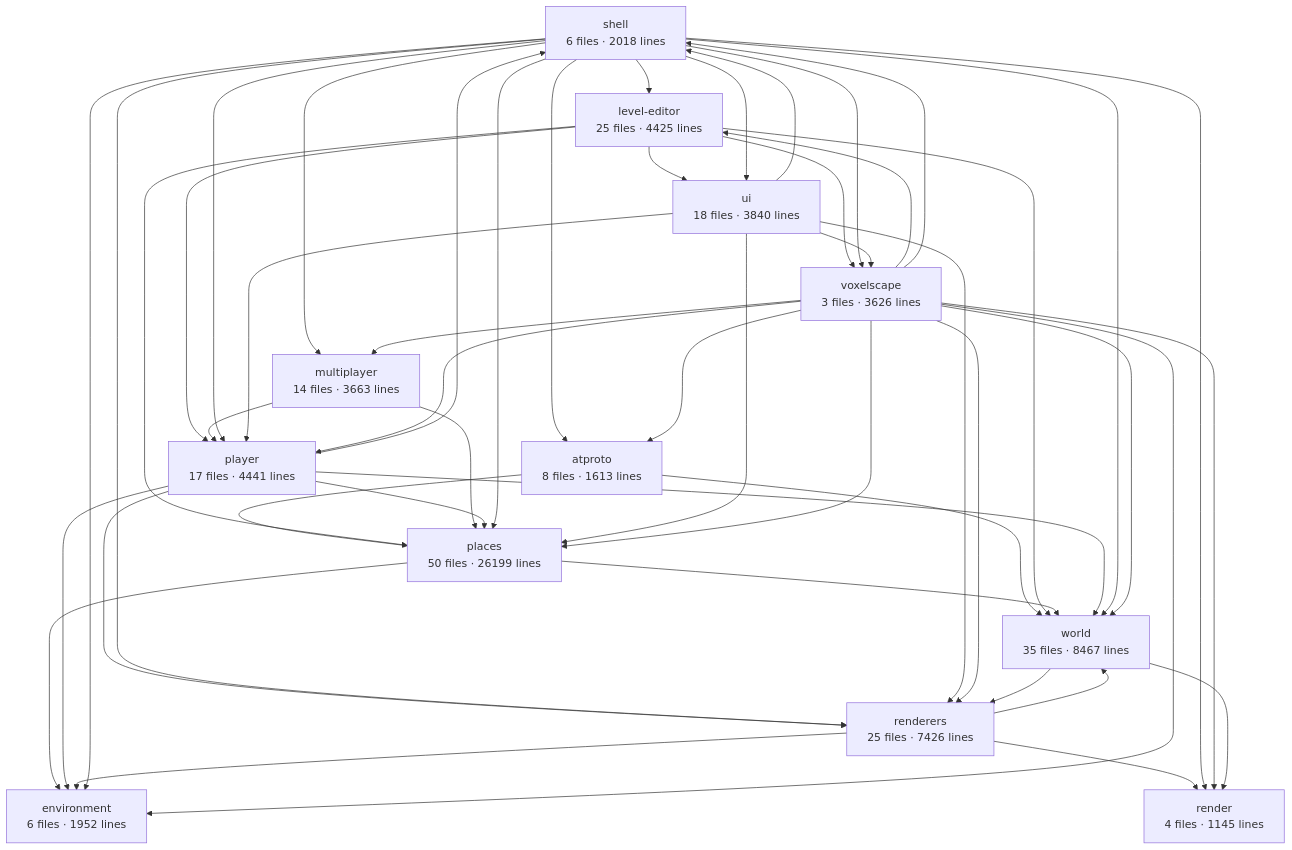
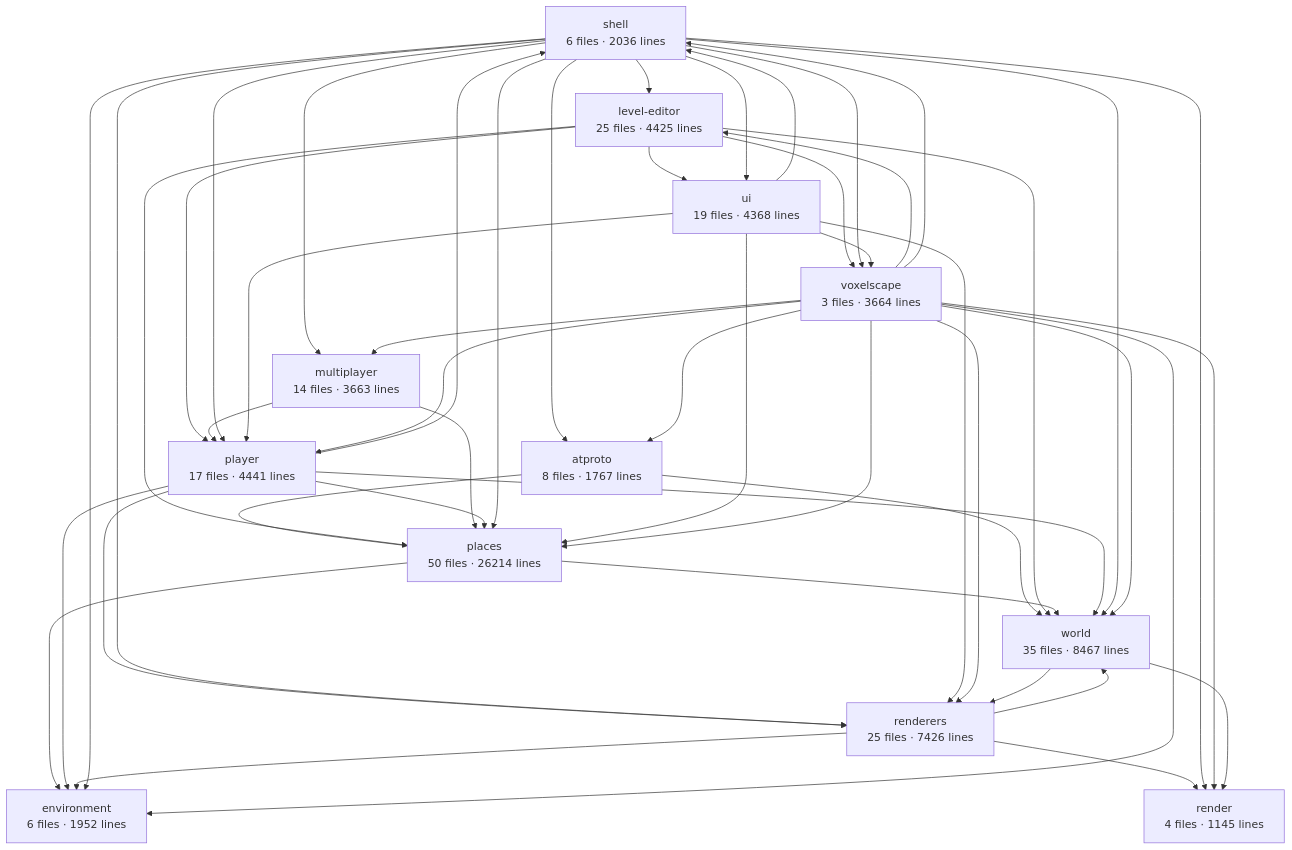
The diagram in apps/voxelscape/docs/architecture.md (big-mesh-studios/big-mesh-studios), drawn with Mermaid before and after one commit. The commit also changed other lines of this file and 14 other files, not shown here.

````diff
--- a/apps/voxelscape/docs/architecture.md
+++ b/apps/voxelscape/docs/architecture.md
@@ -6,62 +6,62 @@
 ```mermaid
 graph TD
-  shell["shell<br/>6 files · 2018 lines"]
-  voxelscape["voxelscape<br/>3 files · 3626 lines"]
+  shell["shell<br/>6 files · 2036 lines"]
+  voxelscape["voxelscape<br/>3 files · 3664 lines"]
   world["world<br/>35 files · 8467 lines"]
   renderers["renderers<br/>25 files · 7426 lines"]
   render["render<br/>4 files · 1145 lines"]
   player["player<br/>17 files · 4441 lines"]
   multiplayer["multiplayer<br/>14 files · 3663 lines"]
-  places["places<br/>50 files · 26199 lines"]
+  places["places<br/>50 files · 26214 lines"]
   environment["environment<br/>6 files · 1952 lines"]
-  atproto["atproto<br/>8 files · 1613 lines"]
-  ui["ui<br/>18 files · 3840 lines"]
+  atproto["atproto<br/>8 files · 1767 lines"]
+  ui["ui<br/>19 files · 4368 lines"]
   level-editor["level-editor<br/>25 files · 4425 lines"]
   atproto --> places
   atproto --> world
   level-editor --> places
   level-editor --> player
   level-editor --> ui
   level-editor --> voxelscape
   level-editor --> world
   multiplayer --> places
   multiplayer --> player
   places --> environment
   places --> world
   player --> environment
   player --> places
   player --> renderers
   player --> shell
   player --> world
   renderers --> environment
   renderers --> render
   renderers --> world
   shell --> atproto
   shell --> environment
   shell --> level-editor
   shell --> multiplayer
   shell --> places
   shell --> player
   shell --> render
   shell --> renderers
   shell --> ui
   shell --> voxelscape
   shell --> world
   ui --> places
   ui --> player
   ui --> renderers
   ui --> shell
   ui --> voxelscape
   voxelscape --> atproto
   voxelscape --> environment
   voxelscape --> level-editor
   voxelscape --> multiplayer
   voxelscape --> places
   voxelscape --> player
   voxelscape --> render
   voxelscape --> renderers
   voxelscape --> shell
   voxelscape --> world
   world --> render
   world --> renderers
 ```
````
